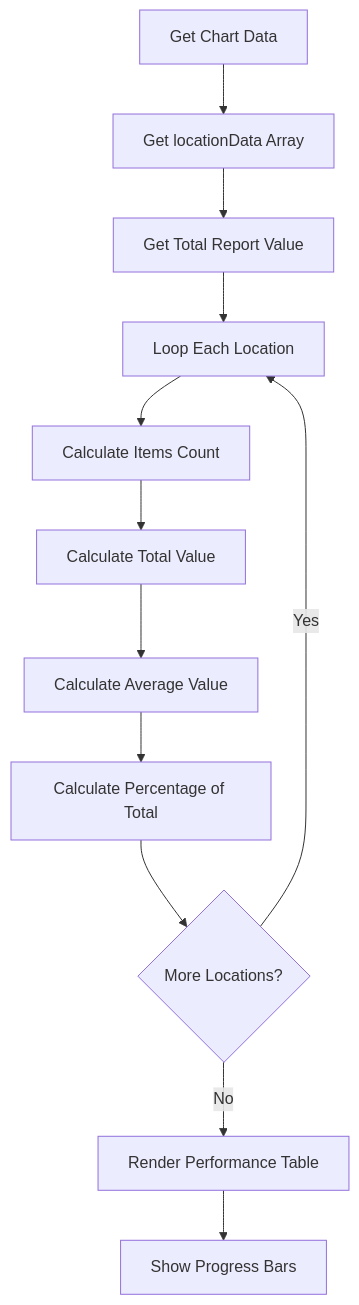
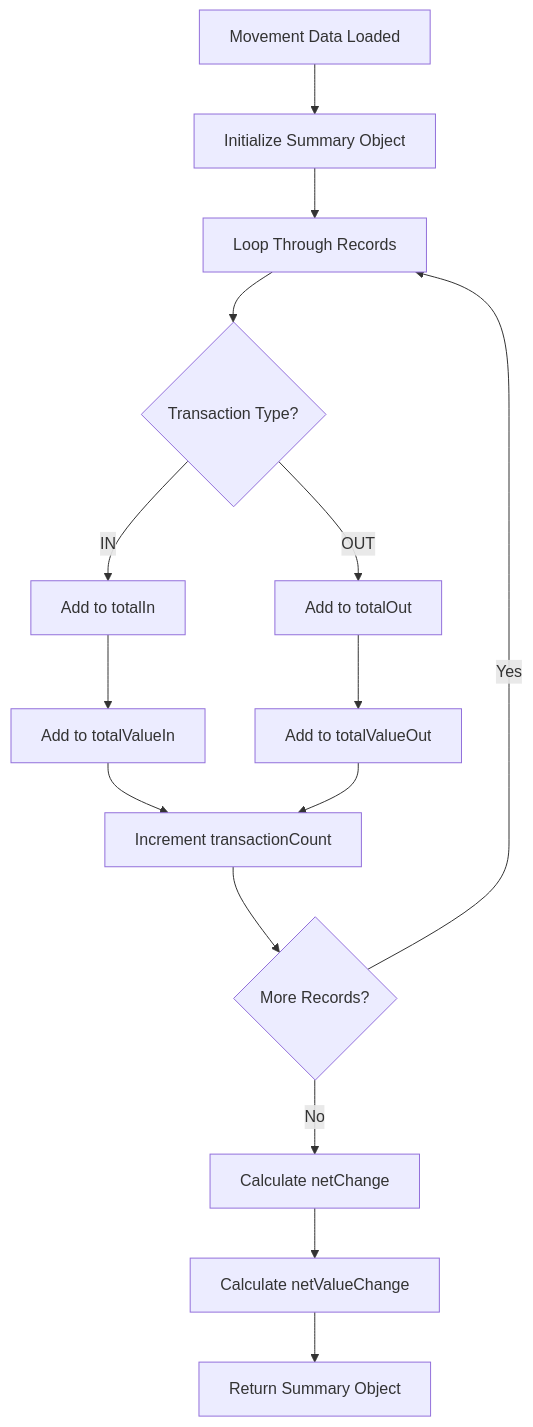
One commit to PeakMNA/carmen changed diagram 15 of 16 in docs/app/inventory-management/stock-overview/inventory-balance/FD-inventory-balance.md. Above: the diagram before and after it, drawn with Mermaid. The commit also changed other lines of this file and 473 other files, not shown here.

````diff
--- a/docs/app/inventory-management/stock-overview/inventory-balance/FD-inventory-balance.md
+++ b/docs/app/inventory-management/stock-overview/inventory-balance/FD-inventory-balance.md
@@ -251,14 +287,17 @@
 ```mermaid
 flowchart TD
-    A[Get Chart Data] --> B[Get locationData Array]
-    B --> C[Get Total Report Value]
-    C --> D[Loop Each Location]
-    D --> E[Calculate Items Count]
-    E --> F[Calculate Total Value]
-    F --> G[Calculate Average Value]
-    G --> H[Calculate Percentage of Total]
-    H --> I{More Locations?}
-    I -->|Yes| D
-    I -->|No| J[Render Performance Table]
-    J --> K[Show Progress Bars]
+    A[Movement Data Loaded] --> B[Initialize Summary Object]
+    B --> C[Loop Through Records]
+    C --> D{Transaction Type?}
+    D -->|IN| E[Add to totalIn]
+    D -->|OUT| F[Add to totalOut]
+    E --> G[Add to totalValueIn]
+    F --> H[Add to totalValueOut]
+    G --> I[Increment transactionCount]
+    H --> I
+    I --> J{More Records?}
+    J -->|Yes| C
+    J -->|No| K[Calculate netChange]
+    K --> L[Calculate netValueChange]
+    L --> M[Return Summary Object]
 ```
````
